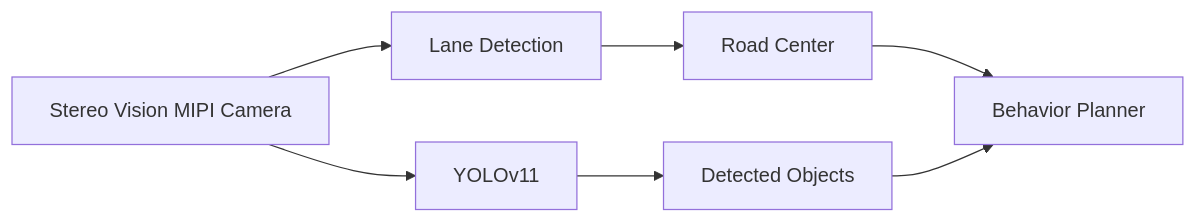
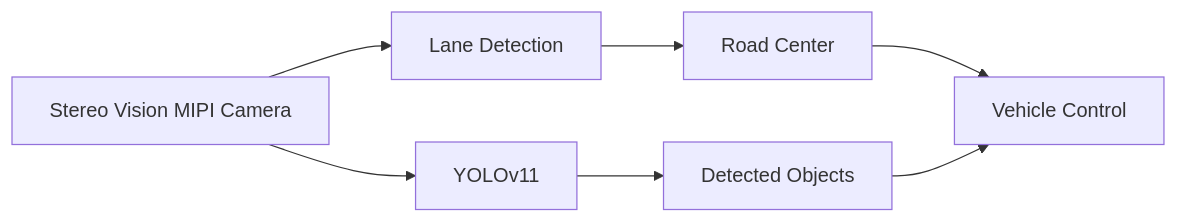
One commit to proknowdiy/RDK-X5-Autonomous-Vehicle changed the fifth of 5 diagrams in docs/PROPOSAL.md. Above: the diagram before and after it, drawn with Mermaid.

````diff
--- a/docs/PROPOSAL.md
+++ b/docs/PROPOSAL.md
@@ -229,17 +229,17 @@
 ```mermaid
 flowchart LR
 
 Camera["Stereo Vision MIPI Camera"]
 
 Camera --> OpenCV["Lane Detection"]
 
 Camera --> YOLO["YOLOv11"]
 
 OpenCV --> Road["Road Center"]
 
 YOLO --> Objects["Detected Objects"]
 
-Road --> Vehicle_Control["Behavior Planner"]
+Road --> Planner["Vehicle Control"]
 
-Objects --> Vehicle_Control
+Objects --> Planner
 ```
````
